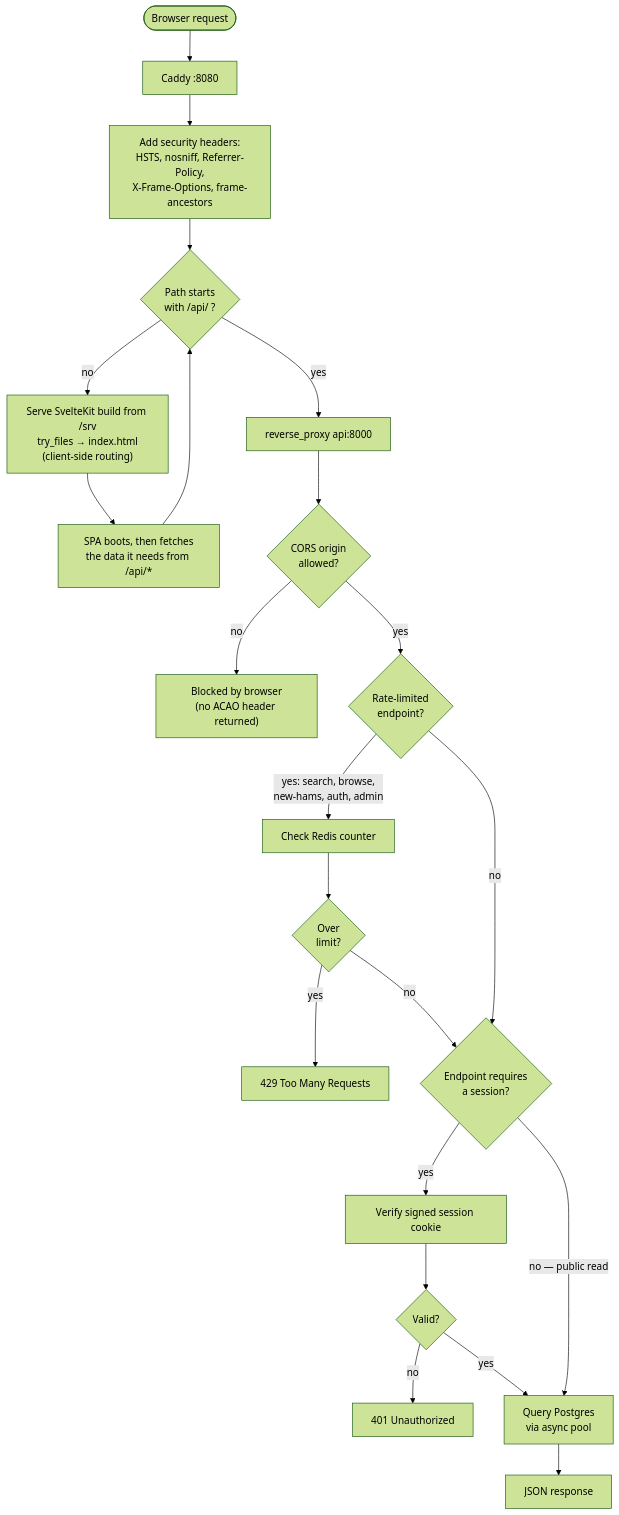
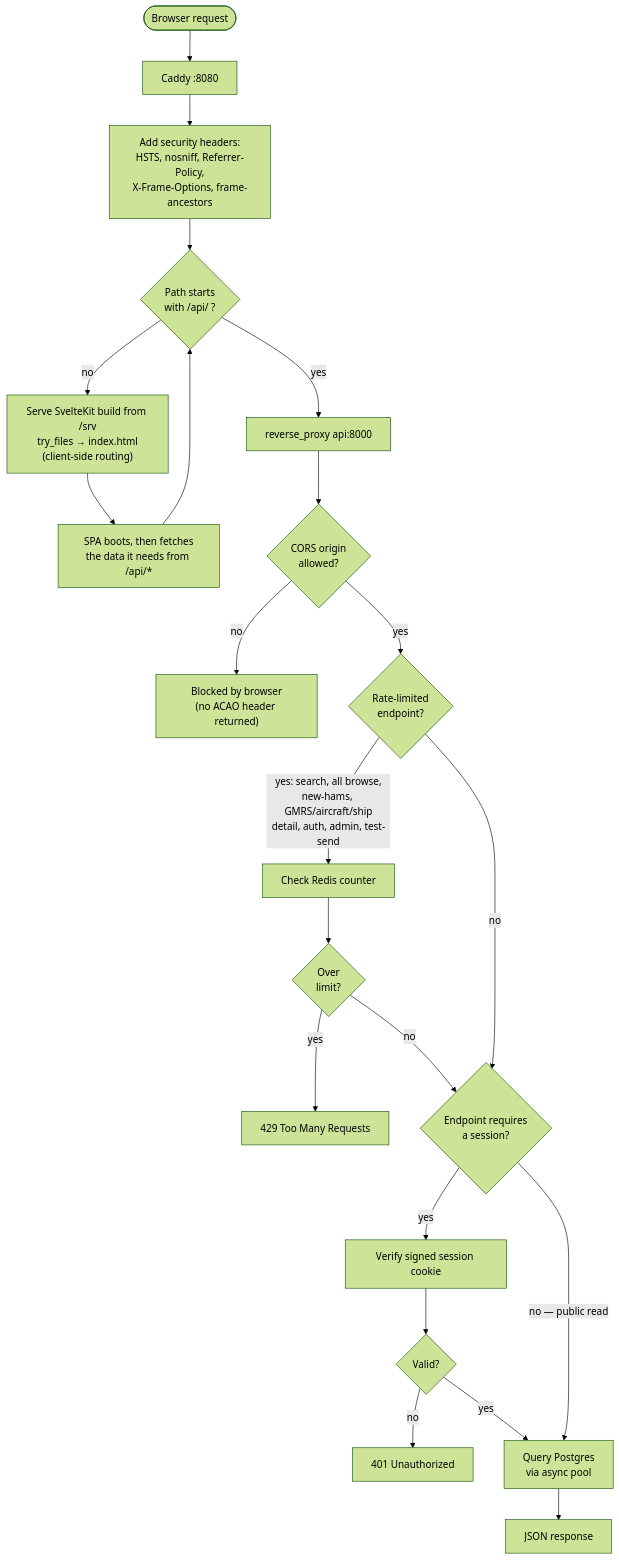
One commit to n00tz/fcculs-explorer changed the tenth of 15 diagrams in docs/architecture.md. Above: the diagram before and after it, drawn with Mermaid (forest theme). The commit also changed other lines of this file and 2 other files, not shown here.

First line of the commit message:
docs: audit architecture.md, document the parse stage

````diff
--- a/docs/architecture.md
+++ b/docs/architecture.md
@@ -448,30 +513,30 @@
 ```mermaid
 flowchart TD
     req(["Browser request"]) --> caddy["Caddy :8080"]
     caddy --> hdr["Add security headers:<br/>HSTS, nosniff, Referrer-Policy,<br/>X-Frame-Options, frame-ancestors"]
     hdr --> route{"Path starts<br/>with /api/ ?"}
 
     route -->|"no"| static["Serve SvelteKit build from /srv<br/>try_files → index.html<br/>(client-side routing)"]
     static --> spa["SPA boots, then fetches<br/>the data it needs from /api/*"]
     spa --> route
 
     route -->|"yes"| proxy["reverse_proxy api:8000"]
     proxy --> cors{"CORS origin<br/>allowed?"}
     cors -->|"no"| reject["Blocked by browser<br/>(no ACAO header returned)"]
     cors -->|"yes"| limited{"Rate-limited<br/>endpoint?"}
 
-    limited -->|"yes: search, browse,<br/>new-hams, auth, admin"| rl["Check Redis counter"]
+    limited -->|"yes: search, all browse,<br/>new-hams, GMRS/aircraft/ship<br/>detail, auth, admin, test-send"| rl["Check Redis counter"]
     rl --> over{"Over<br/>limit?"}
     over -->|"yes"| r429["429 Too Many Requests"]
     over -->|"no"| authck
     limited -->|"no"| authck
 
     authck{"Endpoint requires<br/>a session?"}
     authck -->|"yes"| cookie["Verify signed session cookie"]
     cookie --> valid{"Valid?"}
     valid -->|"no"| r401["401 Unauthorized"]
     valid -->|"yes"| query
     authck -->|"no — public read"| query
 
     query["Query Postgres<br/>via async pool"] --> resp["JSON response"]
 ```
````
